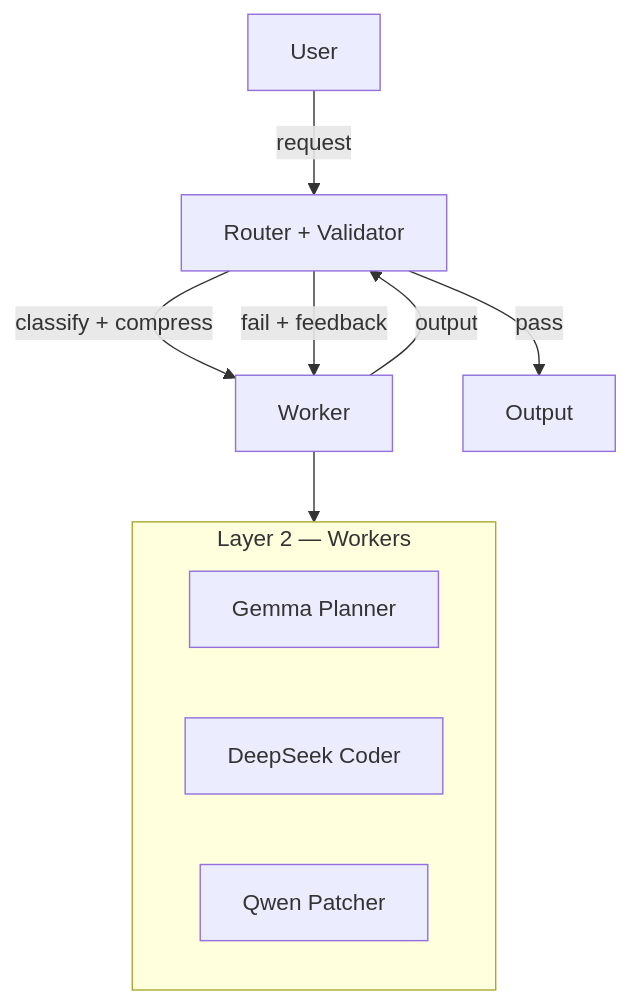
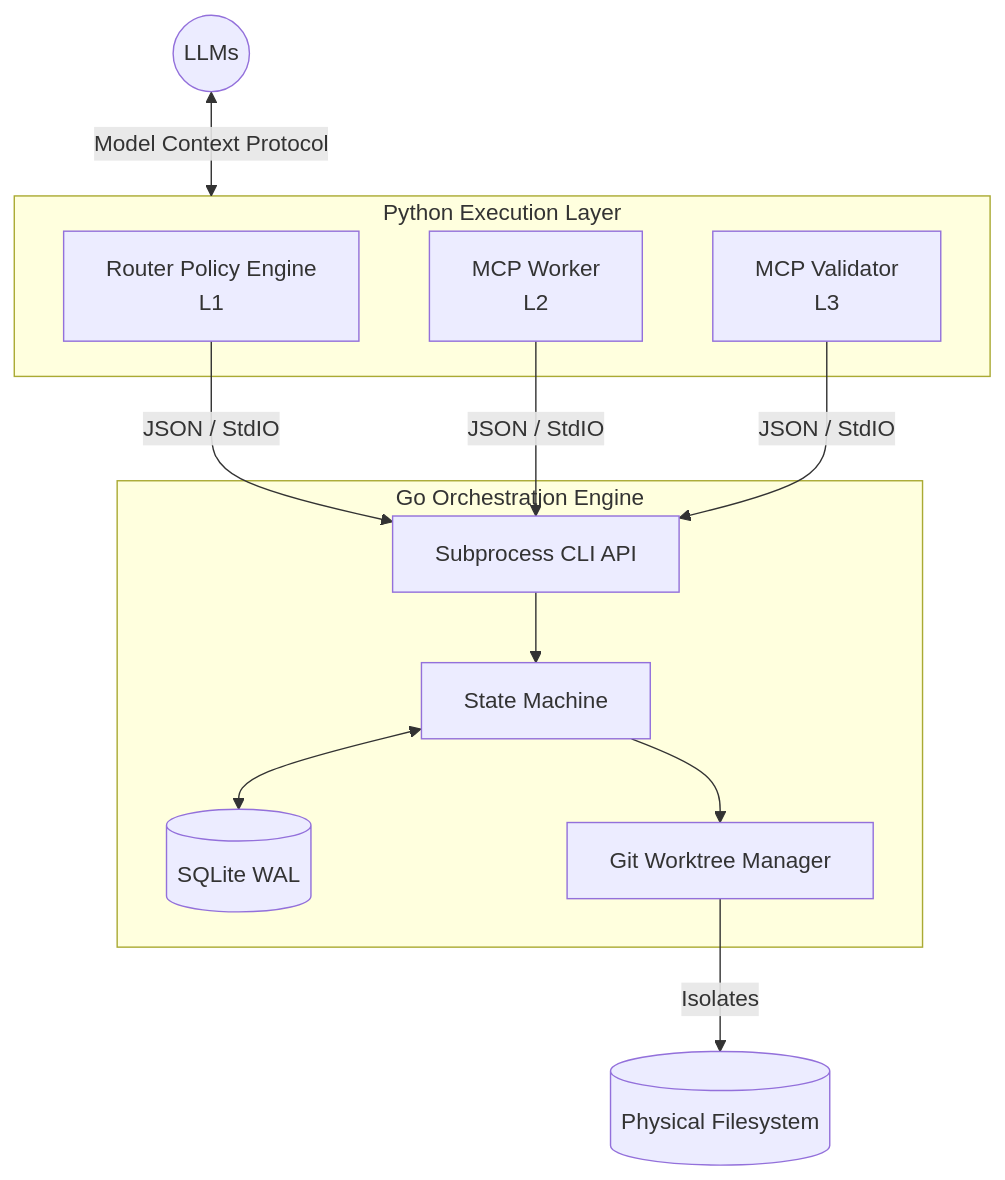
One commit to denialbb/limen changed the diagram in README.md. Above: the diagram before and after it, drawn with Mermaid. The commit also changed other lines of this file and 4 other files, not shown here.

First line of the commit message:
Update documentation and architecture diagrams

````diff
--- a/README.md
+++ b/README.md
@@ -94,14 +21,26 @@
 ```mermaid
 flowchart TD
-    User -->|request| RV[Router + Validator]
-    RV -->|classify + compress| W[Worker]
-    W -->|output| RV
-    RV -->|pass| Output
-    RV -->|fail + feedback| W
-    subgraph Workers[Layer 2 — Workers]
-        Gemma[Gemma Planner]
-        DeepSeek[DeepSeek Coder]
-        Qwen[Qwen Patcher]
+    subgraph PythonThinClients [Python Execution Layer]
+        Router[Router Policy Engine<br/>L1]
+        Worker[MCP Worker<br/>L2]
+        Validator[MCP Validator<br/>L3]
     end
-    W --> Workers
+
+    subgraph GoCore [Go Orchestration Engine]
+        CLI[Subprocess CLI API]
+        SM[State Machine]
+        DB[(SQLite WAL)]
+        Git[Git Worktree Manager]
+    end
+
+    LLMs((LLMs)) <-->|Model Context Protocol| PythonThinClients
+
+    Router -->|JSON / StdIO| CLI
+    Worker -->|JSON / StdIO| CLI
+    Validator -->|JSON / StdIO| CLI
+
+    CLI --> SM
+    SM <--> DB
+    SM --> Git
+    Git -->|Isolates| Filesystem[(Physical Filesystem)]
 ```
````
